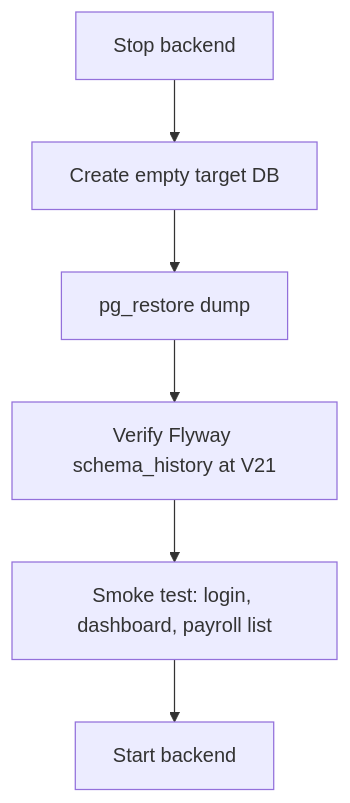
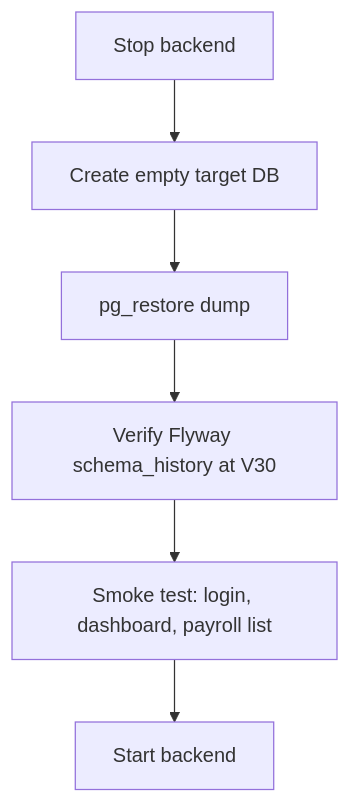
The second of 2 diagrams in ERP Documentation/09_Backup_Recovery.md (waritctd/GL-R-ERP), drawn with Mermaid before and after one commit. The commit also changed other lines of this file and 9 other files, not shown here.

First line of the commit message:
Fix documentation drift: schema head V29, computed leave balances, XLSX (#82)

````diff
--- a/ERP Documentation/09_Backup_Recovery.md
+++ b/ERP Documentation/09_Backup_Recovery.md
@@ -80,8 +80,8 @@
 ```mermaid
 flowchart TB
     A[Stop backend] --> B[Create empty target DB]
     B --> C[pg_restore dump]
-    C --> D[Verify Flyway schema_history at V21]
+    C --> D[Verify Flyway schema_history at V30]
     D --> E[Smoke test: login, dashboard, payroll list]
     E --> F[Start backend]
 ```
````
